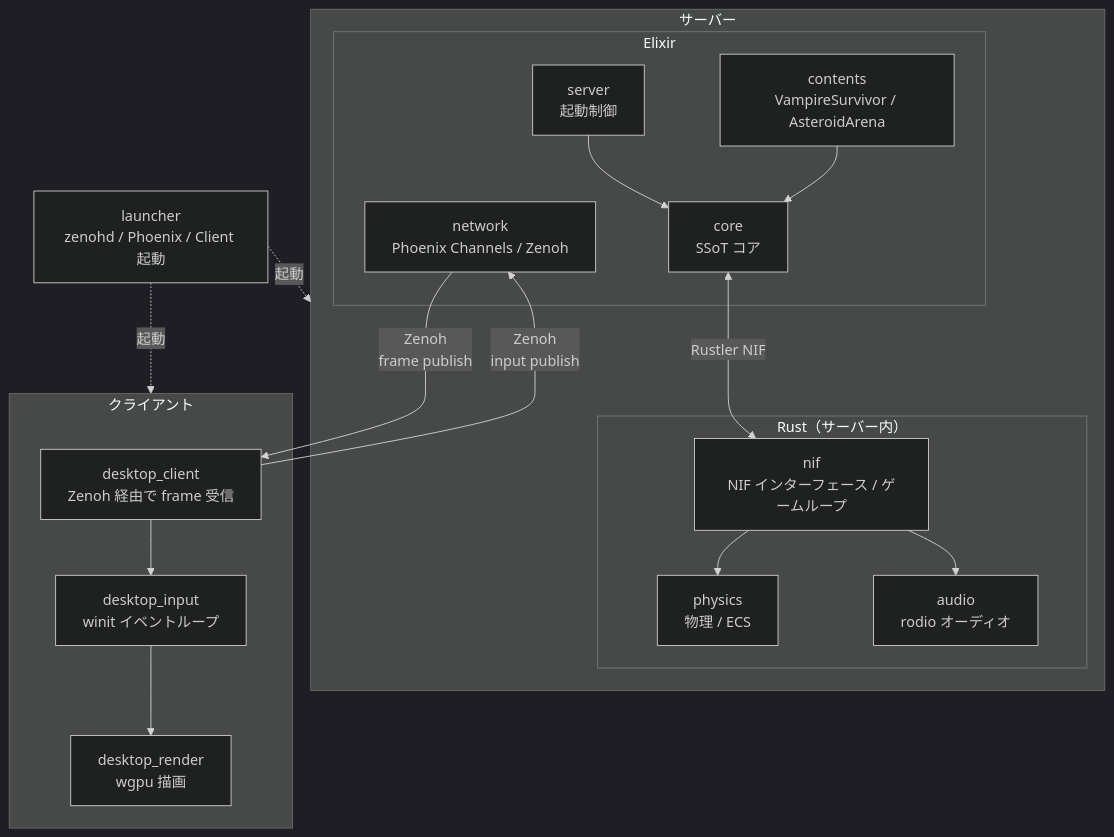
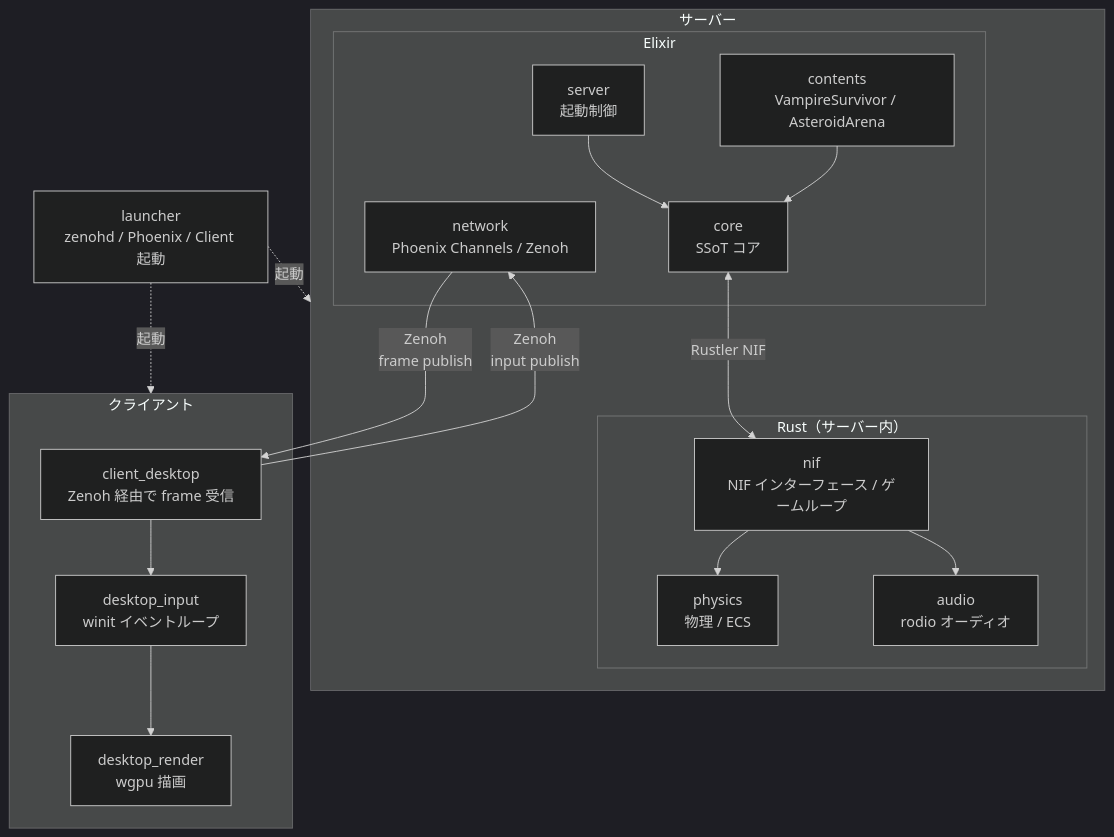
One commit to FRICK-ELDY/alchemy-engine changed the first of 15 diagrams in docs/architecture/overview.md. Above: the diagram before and after it, drawn with Mermaid (dark theme). The commit also changed other lines of this file and 32 other files, not shown here.

````diff
--- a/docs/architecture/overview.md
+++ b/docs/architecture/overview.md
@@ -14,36 +14,36 @@
 ```mermaid
 graph TB
     subgraph Server["サーバー"]
         subgraph Elixir["Elixir"]
             GS[server<br/>起動制御]
             GE[core<br/>SSoT コア]
             GC[contents<br/>VampireSurvivor / AsteroidArena]
             GN[network<br/>Phoenix Channels / Zenoh]
         end
         subgraph RustServer["Rust（サーバー内）"]
             GNIF[nif<br/>NIF インターフェース / ゲームループ]
             GSIM[physics<br/>物理 / ECS]
             GAUDIO[audio<br/>rodio オーディオ]
         end
         GS --> GE
         GC --> GE
         GE <-->|Rustler NIF| GNIF
         GNIF --> GSIM
         GNIF --> GAUDIO
     end
 
     subgraph Client["クライアント"]
-        DCLIENT[desktop_client<br/>Zenoh 経由で frame 受信]
+        DCLIENT[client_desktop<br/>Zenoh 経由で frame 受信]
         DINPUT[desktop_input<br/>winit イベントループ]
         DRENDER[desktop_render<br/>wgpu 描画]
         DCLIENT --> DINPUT
         DINPUT --> DRENDER
     end
 
     LAUNCHER[launcher<br/>zenohd / Phoenix / Client 起動]
 
     GN -->|Zenoh<br/>frame publish| DCLIENT
     DCLIENT -->|Zenoh<br/>input publish| GN
     LAUNCHER -.->|起動| Server
     LAUNCHER -.->|起動| Client
 ```
````
